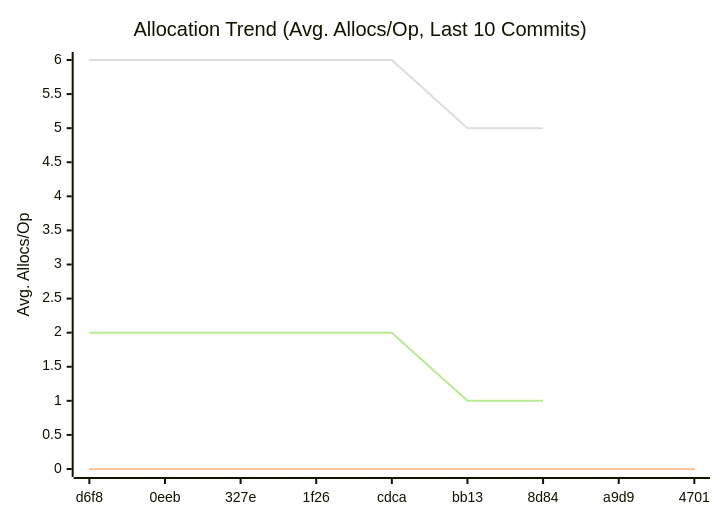
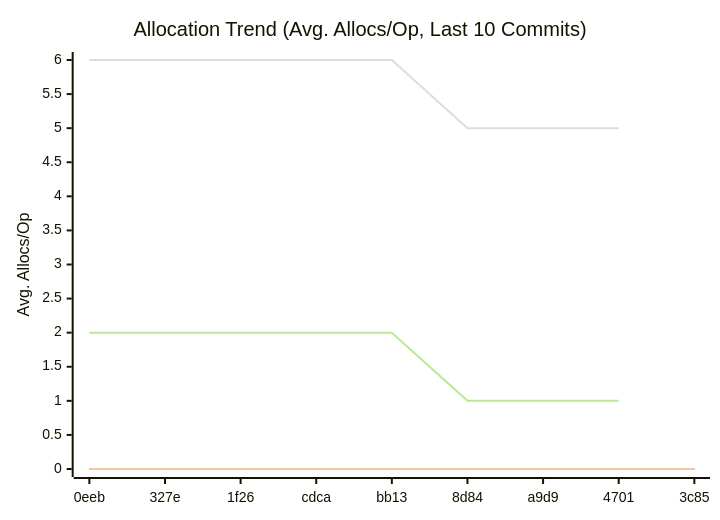
One commit to alsotoes/momo changed the third of 3 diagrams in doc/README.md. Above: the diagram before and after it, drawn with Mermaid. The commit also changed other lines of this file and 1 other file, not shown here.

````diff
--- a/doc/README.md
+++ b/doc/README.md
@@ -322,12 +325,12 @@
 ```mermaid
 xychart-beta
     title "Allocation Trend (Avg. Allocs/Op, Last 10 Commits)"
     x-axis "Commit"
     y-axis "Avg. Allocs/Op"
-    x-axis [d6f8,0eeb,327e,1f26,cdca,bb13,8d84,a9d9,4701]
+    x-axis [0eeb,327e,1f26,cdca,bb13,8d84,a9d9,4701,3c85]
     line "CheckMetricsAndSwap" [0,0,0,0,0,0,0,0,0,0]
     line "IndexDirectTracking" [0,0,0,0,0,0,0,0,0,0]
     line "IndexSearch" [0,0,0,0,0,0,0,0,0,0]
-    line "ParseReplicationOrder_NoPrealloc" [6,6,6,6,6,5,5]
-    line "ParseReplicationOrder_Prealloc" [2,2,2,2,2,1,1]
+    line "ParseReplicationOrder_NoPrealloc" [6,6,6,6,6,5,5,5]
+    line "ParseReplicationOrder_Prealloc" [2,2,2,2,2,1,1,1]
 ```
````
